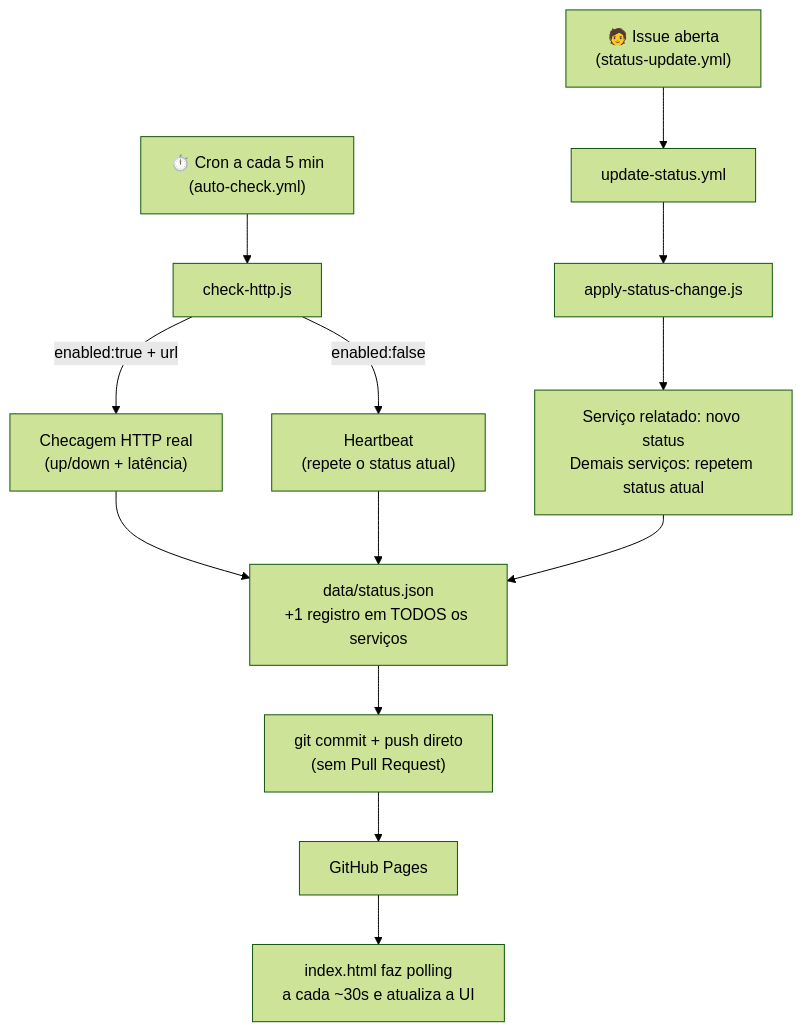
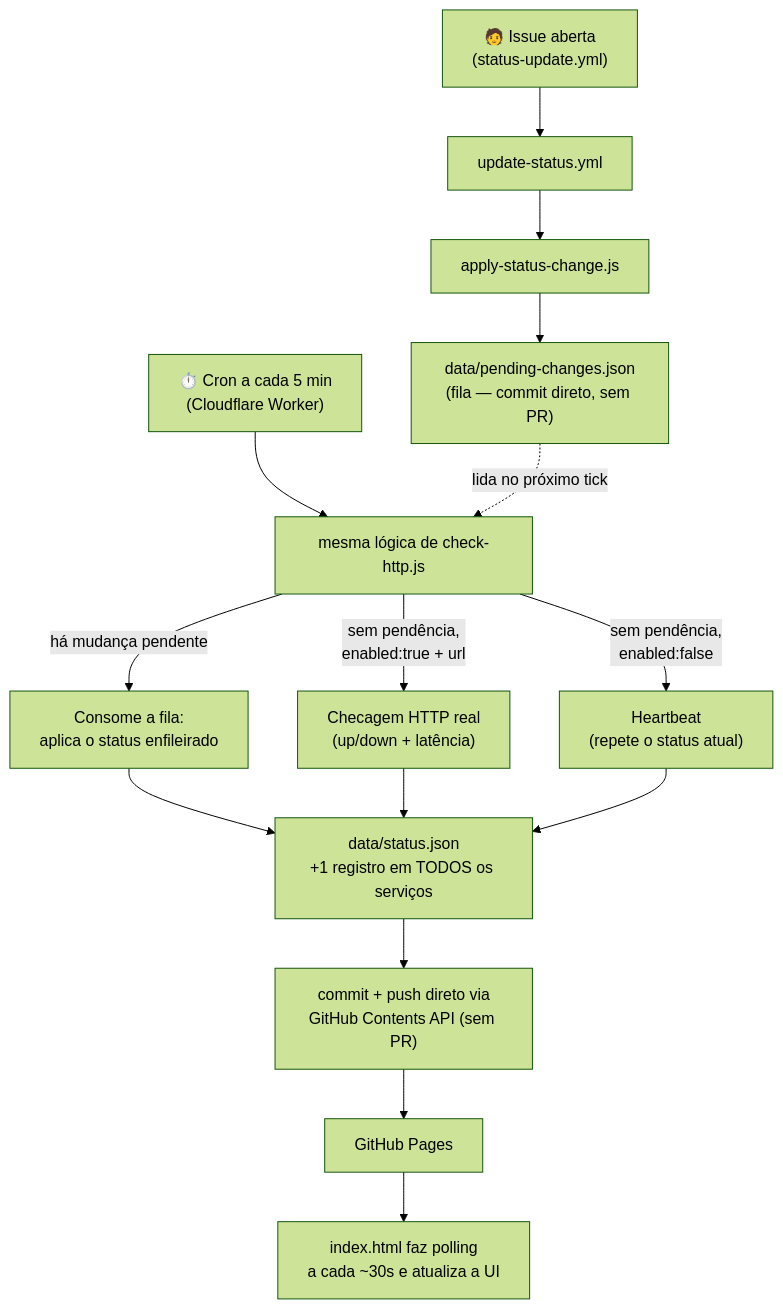
One commit to Bernardo-vignatti/Hospital-Status-System changed the diagram in README.md. Above: the diagram before and after it, drawn with Mermaid (forest theme). The commit also changed other lines of this file, not shown here.

First line of the commit message:
Revise README para refletir mudanças no fluxo de status

````diff
--- a/README.md
+++ b/README.md
@@ -38,17 +60,19 @@
 ```mermaid
 flowchart TD
-    A["⏱️ Cron a cada 5 min<br/>(auto-check.yml)"] --> B["check-http.js"]
-    B -->|"enabled:true + url"| C["Checagem HTTP real<br/>(up/down + latência)"]
-    B -->|"enabled:false"| D["Heartbeat<br/>(repete o status atual)"]
-    C --> E["data/status.json<br/>+1 registro em TODOS os serviços"]
+    F["🧑 Issue aberta<br/>(status-update.yml)"] --> G["update-status.yml"]
+    G --> H["apply-status-change.js"]
+    H --> P["data/pending-changes.json<br/>(fila — commit direto, sem PR)"]
+
+    A["⏱️ Cron a cada 5 min<br/>(Cloudflare Worker)"] --> B["mesma lógica de check-http.js"]
+    P -.->|"lida no próximo tick"| B
+    B -->|"há mudança pendente"| Q["Consome a fila:<br/>aplica o status enfileirado"]
+    B -->|"sem pendência,<br/>enabled:true + url"| C["Checagem HTTP real<br/>(up/down + latência)"]
+    B -->|"sem pendência,<br/>enabled:false"| D["Heartbeat<br/>(repete o status atual)"]
+    Q --> E["data/status.json<br/>+1 registro em TODOS os serviços"]
+    C --> E
     D --> E
 
-    F["🧑 Issue aberta<br/>(status-update.yml)"] --> G["update-status.yml"]
-    G --> H["apply-status-change.js"]
-    H --> I["Serviço relatado: novo status<br/>Demais serviços: repetem status atual"]
-    I --> E
-
-    E --> J["git commit + push direto<br/>(sem Pull Request)"]
+    E --> J["commit + push direto via<br/>GitHub Contents API (sem PR)"]
     J --> K["GitHub Pages"]
     K --> L["index.html faz polling<br/>a cada ~30s e atualiza a UI"]
 ```
````
